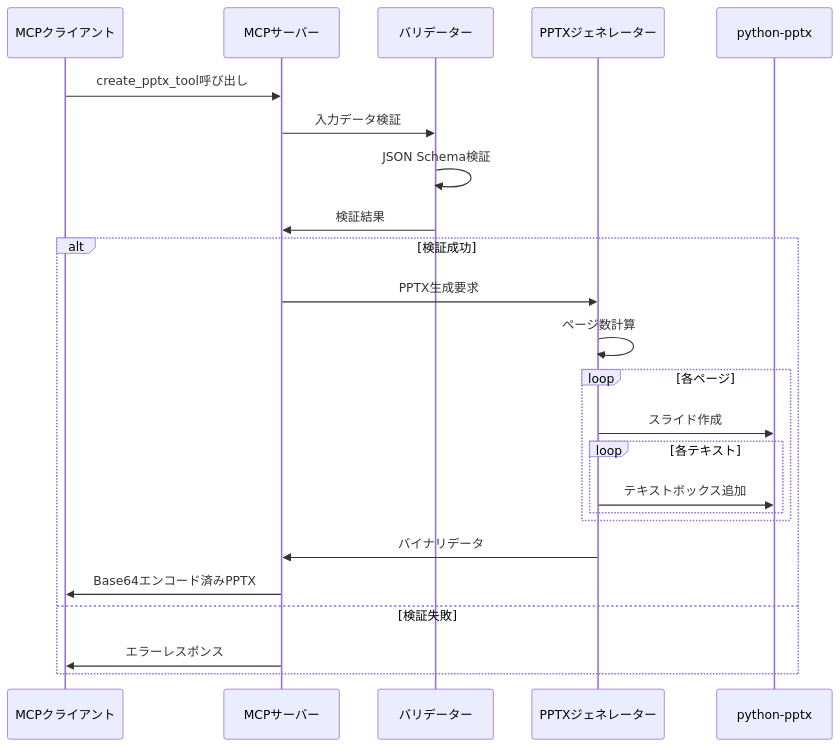
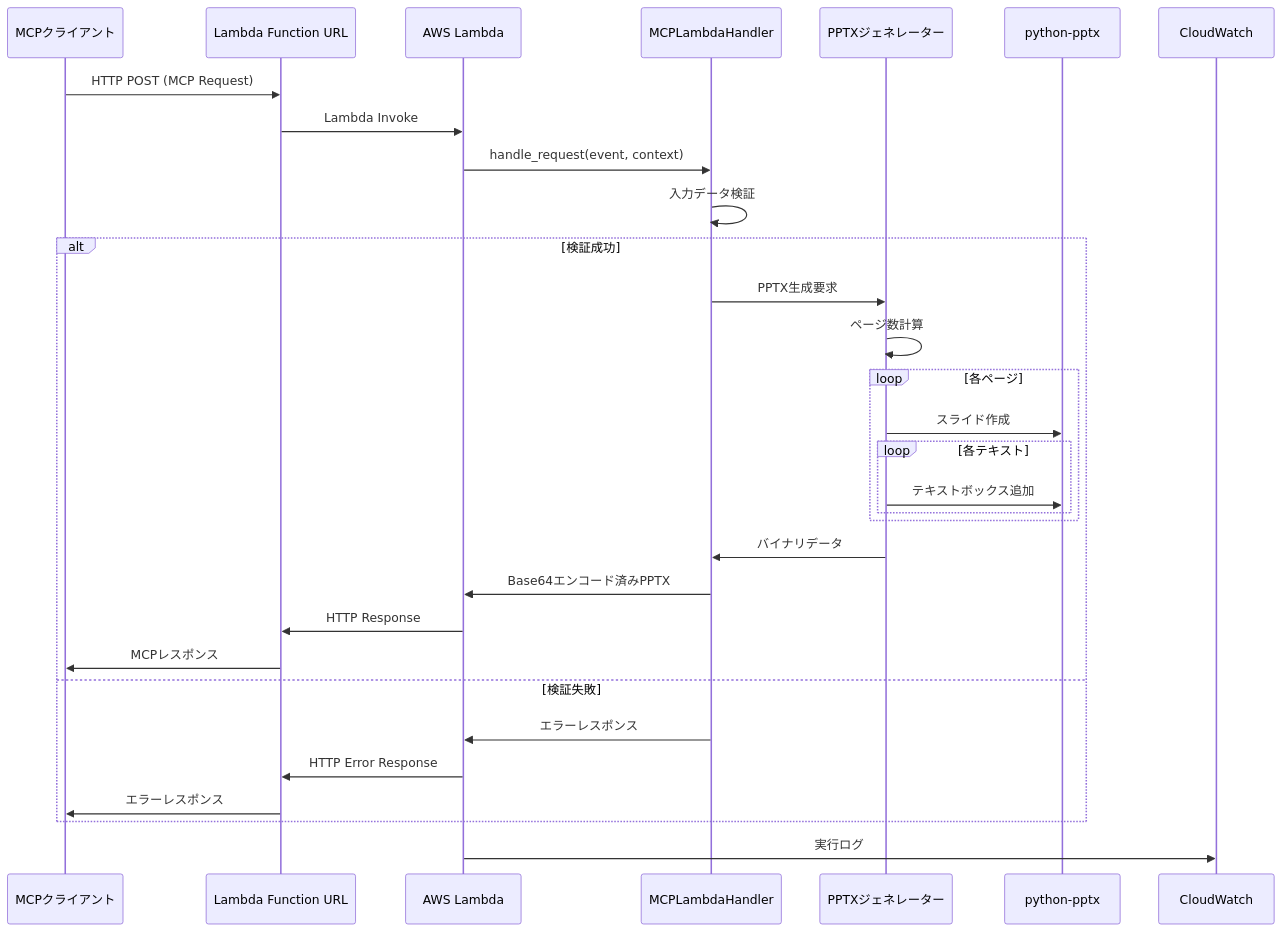
One commit to hitsumabushi334/image-extracter changed the third of 4 diagrams in .kiro/specs/pptx-textbox-mcp/design.md. Above: the diagram before and after it, drawn with Mermaid. The commit also changed other lines of this file and 6 other files, not shown here.

Commit message:
feat: AWS Lambda対応のpptx-textbox-mcpサーバーの実装を更新し、mcp_lambda_handlerを統合

````diff
--- a/.kiro/specs/pptx-textbox-mcp/design.md
+++ b/.kiro/specs/pptx-textbox-mcp/design.md
@@ -110,28 +120,36 @@
 ```mermaid
 sequenceDiagram
     participant Client as MCPクライアント
-    participant Server as MCPサーバー
-    participant Validator as バリデーター
+    participant FuncURL as Lambda Function URL
+    participant Lambda as AWS Lambda
+    participant Handler as MCPLambdaHandler
     participant Generator as PPTXジェネレーター
     participant PPTX as python-pptx
+    participant CloudWatch as CloudWatch
     
-    Client->>Server: create_pptx_tool呼び出し
-    Server->>Validator: 入力データ検証
-    Validator->>Validator: JSON Schema検証
-    Validator->>Server: 検証結果
+    Client->>FuncURL: HTTP POST (MCP Request)
+    FuncURL->>Lambda: Lambda Invoke
+    Lambda->>Handler: handle_request(event, context)
+    Handler->>Handler: 入力データ検証
     
     alt 検証成功
-        Server->>Generator: PPTX生成要求
+        Handler->>Generator: PPTX生成要求
         Generator->>Generator: ページ数計算
         loop 各ページ
             Generator->>PPTX: スライド作成
             loop 各テキスト
                 Generator->>PPTX: テキストボックス追加
             end
         end
-        Generator->>Server: バイナリデータ
-        Server->>Client: Base64エンコード済みPPTX
+        Generator->>Handler: バイナリデータ
+        Handler->>Lambda: Base64エンコード済みPPTX
+        Lambda->>FuncURL: HTTP Response
+        FuncURL->>Client: MCPレスポンス
     else 検証失敗
-        Server->>Client: エラーレスポンス
+        Handler->>Lambda: エラーレスポンス
+        Lambda->>FuncURL: HTTP Error Response
+        FuncURL->>Client: エラーレスポンス
     end
+    
+    Lambda->>CloudWatch: 実行ログ
 ```
````
